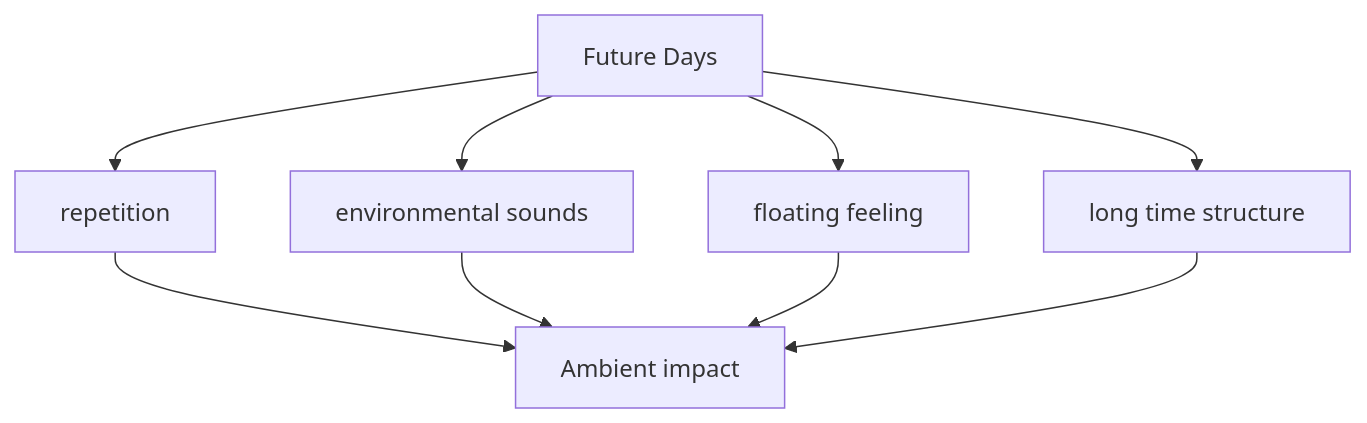
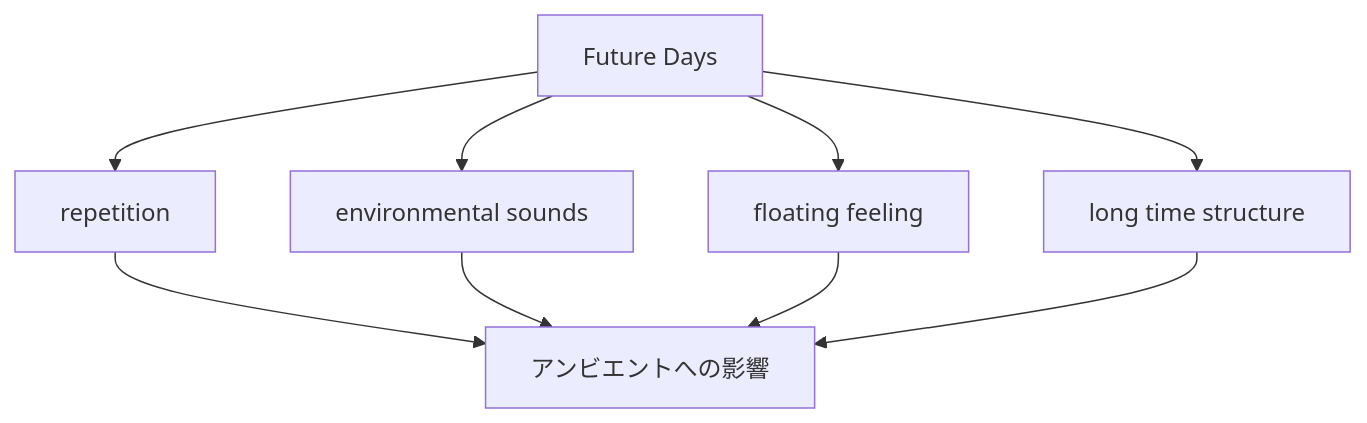
Before and after one commit to monumental-movement/monumental-movement.github.io: the fourth of 8 diagrams in en/_posts/2026-05-16-column-holger-czukay.md, drawn with Mermaid. The commit also changed other lines of this file and 1012 other files, not shown here.

```diff
--- a/en/_posts/2026-05-16-column-holger-czukay.md
+++ b/en/_posts/2026-05-16-column-holger-czukay.md
@@ -262,11 +262,11 @@
 <div class="mermaid">
 graph TD
 A[Future Days] --> B[repetition]
 A --> C[environmental sounds]
 A --> D[floating feeling]
 A --> E[long time structure]
-B --> F[Ambient impact]
+B --> F[アンビエントへの影響]
 C --> F
 D --> F
 E --> F
 </div>
```
